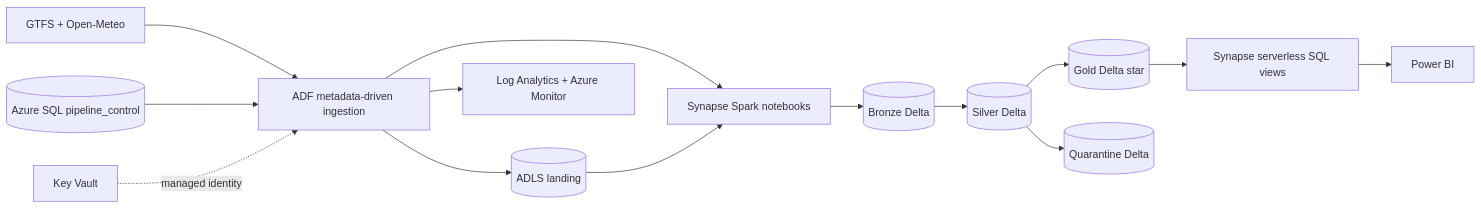
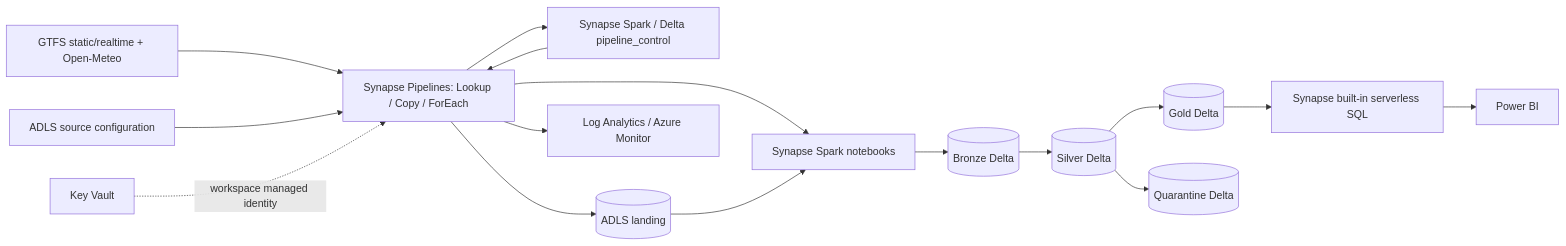
One commit to the-mama/Repo-Data-Engineer changed the diagram in README.md. Above: the diagram before and after it, drawn with Mermaid. The commit also changed other lines of this file and 60 other files, not shown here.

Commit message:
Consolidate ingestion and Delta control orchestration in Azure Synapse

````diff
--- a/README.md
+++ b/README.md
@@ -13,16 +12,18 @@
 ```mermaid
 flowchart LR
-  Sources[GTFS + Open-Meteo] --> ADF[ADF metadata-driven ingestion]
-  Control[(Azure SQL pipeline_control)] --> ADF
-  KV[Key Vault] -. managed identity .-> ADF
-  ADF --> Landing[(ADLS landing)]
-  ADF --> Spark[Synapse Spark notebooks]
+  Feeds[GTFS static/realtime + Open-Meteo] --> Pipelines[Synapse Pipelines: Lookup / Copy / ForEach]
+  Config[ADLS source configuration] --> Pipelines
+  Pipelines --> Control[Synapse Spark / Delta pipeline_control]
+  Control --> Pipelines
+  Pipelines --> Landing[(ADLS landing)]
+  Pipelines --> Spark[Synapse Spark notebooks]
   Landing --> Spark
   Spark --> Bronze[(Bronze Delta)]
   Bronze --> Silver[(Silver Delta)]
-  Silver --> Gold[(Gold Delta star)]
-  Silver --> Quarantine[(Quarantine Delta)]
-  Gold --> SQL[Synapse serverless SQL views]
+  Silver --> Gold[(Gold Delta)]
+  Silver --> Q[(Quarantine Delta)]
+  Gold --> SQL[Synapse built-in serverless SQL]
   SQL --> BI[Power BI]
-  ADF --> Monitor[Log Analytics + Azure Monitor]
+  KV[Key Vault] -. workspace managed identity .-> Pipelines
+  Pipelines --> Monitor[Log Analytics / Azure Monitor]
 ```
````
